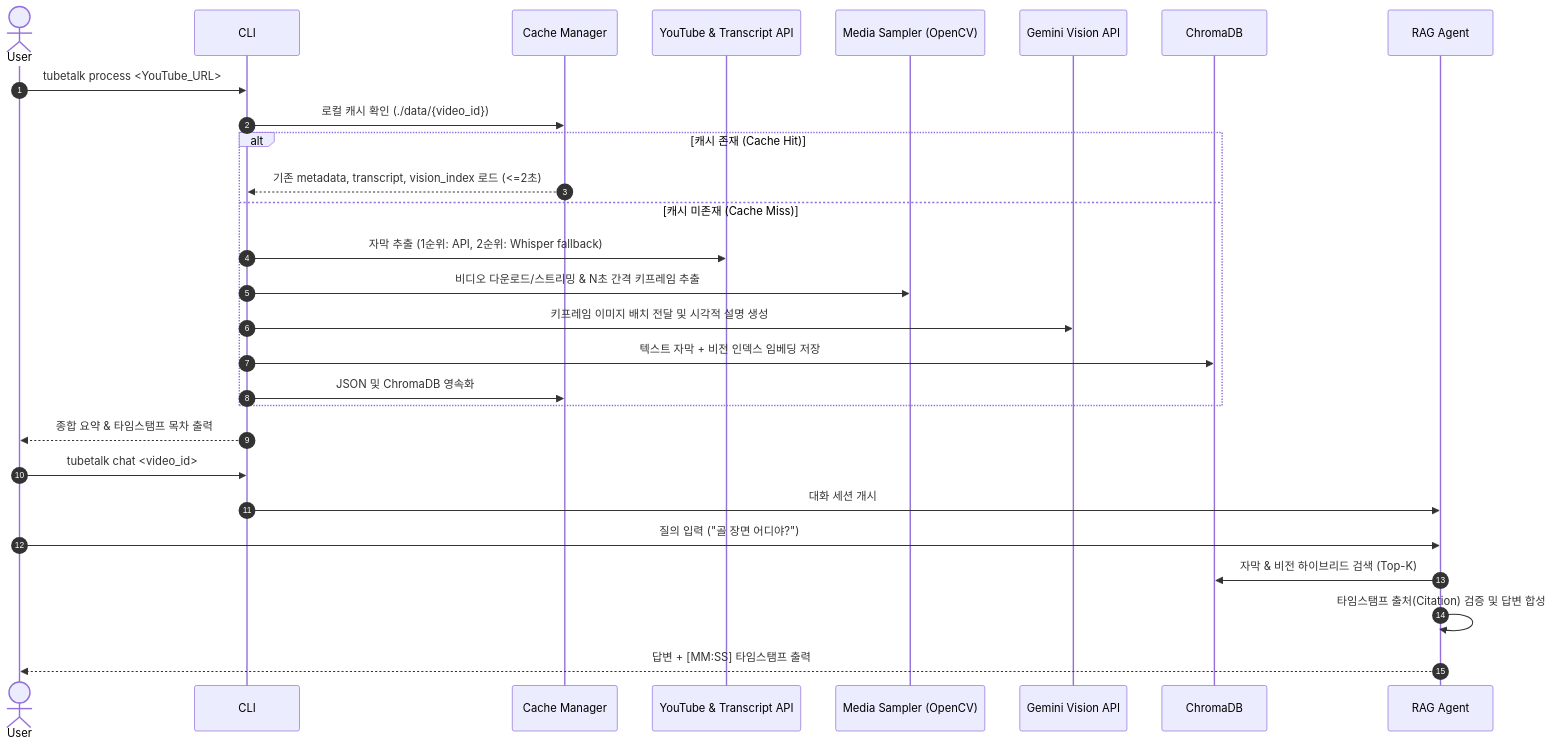
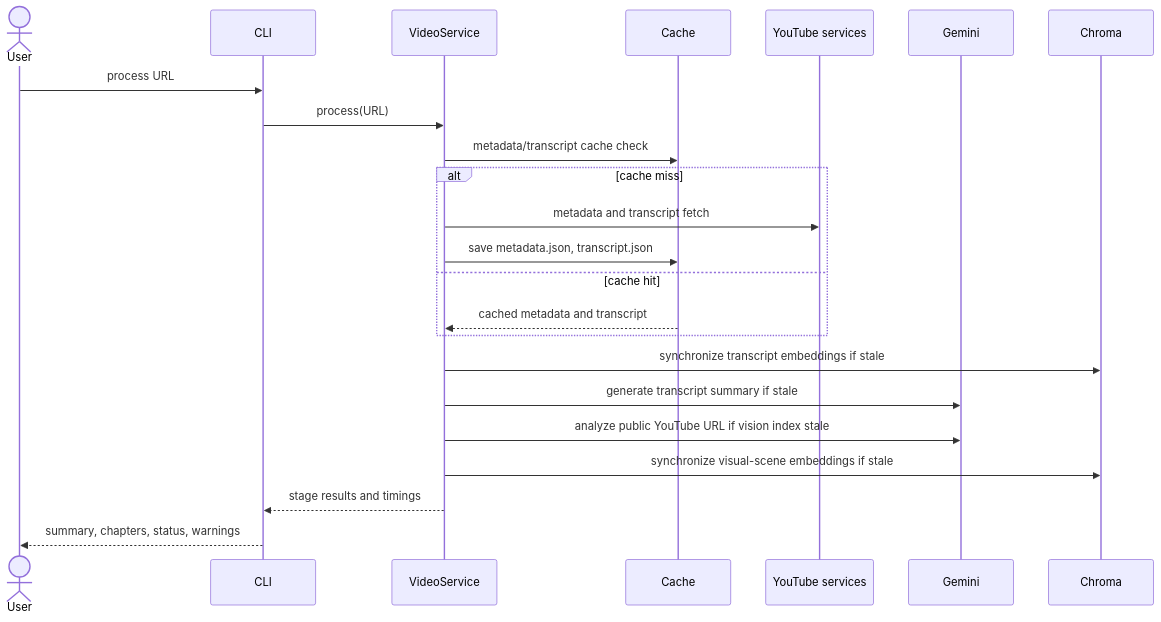
Before and after one commit to kwangsung-ha/jesse-agent: the second of 2 diagrams in docs/design.md, drawn with Mermaid. The commit also changed other lines of this file and 2 other files, not shown here.

Commit message:
docs: update prd design roadmap

````diff
--- a/docs/design.md
+++ b/docs/design.md
@@ -38,32 +30,26 @@
 ```mermaid
 sequenceDiagram
-    autonumber
     actor User
     participant CLI
-    participant Cache as Cache Manager
-    participant YT as YouTube & Transcript API
-    participant Media as Media Sampler (OpenCV)
-    participant Vision as Gemini Vision API
-    participant DB as ChromaDB
-    participant Agent as RAG Agent
+    participant Service as VideoService
+    participant Cache
+    participant YT as YouTube services
+    participant Gemini
+    participant Chroma
 
-    User->>CLI: tubetalk process <YouTube_URL>
-    CLI->>Cache: 로컬 캐시 확인 (./data/{video_id})
-    alt 캐시 존재 (Cache Hit)
-        Cache-->>CLI: 기존 metadata, transcript, vision_index 로드 (<=2초)
-    else 캐시 미존재 (Cache Miss)
-        CLI->>YT: 자막 추출 (1순위: API, 2순위: Whisper fallback)
-        CLI->>Media: 비디오 다운로드/스트리밍 & N초 간격 키프레임 추출
-        CLI->>Vision: 키프레임 이미지 배치 전달 및 시각적 설명 생성
-        CLI->>DB: 텍스트 자막 + 비전 인덱스 임베딩 저장
-        CLI->>Cache: JSON 및 ChromaDB 영속화
+    User->>CLI: process URL
+    CLI->>Service: process(URL)
+    Service->>Cache: metadata/transcript cache check
+    alt cache miss
+        Service->>YT: metadata and transcript fetch
+        Service->>Cache: save metadata.json, transcript.json
+    else cache hit
+        Cache-->>Service: cached metadata and transcript
     end
-    CLI-->>User: 종합 요약 & 타임스탬프 목차 출력
-    
-    User->>CLI: tubetalk chat <video_id>
-    CLI->>Agent: 대화 세션 개시
-    User->>Agent: 질의 입력 ("골 장면 어디야?")
-    Agent->>DB: 자막 & 비전 하이브리드 검색 (Top-K)
-    Agent->>Agent: 타임스탬프 출처(Citation) 검증 및 답변 합성
-    Agent-->>User: 답변 + [MM:SS] 타임스탬프 출력
+    Service->>Chroma: synchronize transcript embeddings if stale
+    Service->>Gemini: generate transcript summary if stale
+    Service->>Gemini: analyze public YouTube URL if vision index stale
+    Service->>Chroma: synchronize visual-scene embeddings if stale
+    Service-->>CLI: stage results and timings
+    CLI-->>User: summary, chapters, status, warnings
 ```
````
